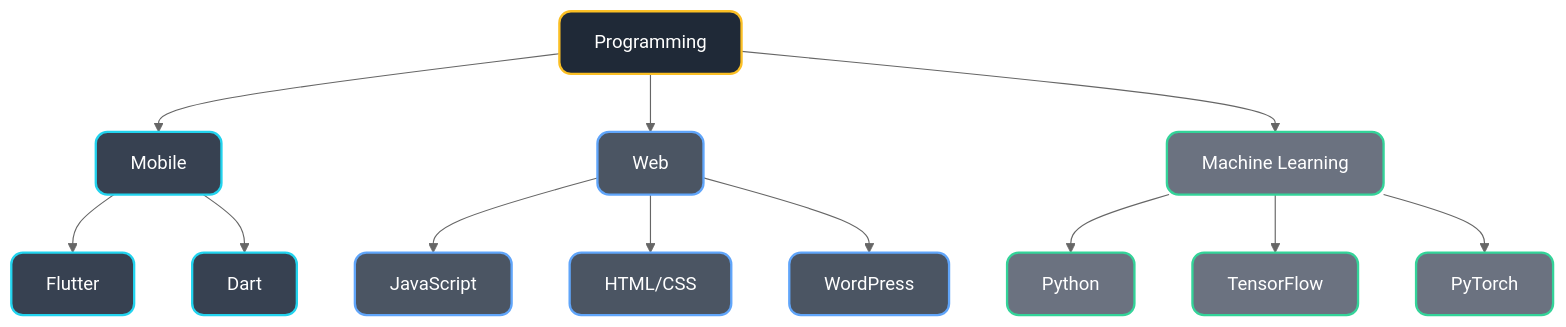
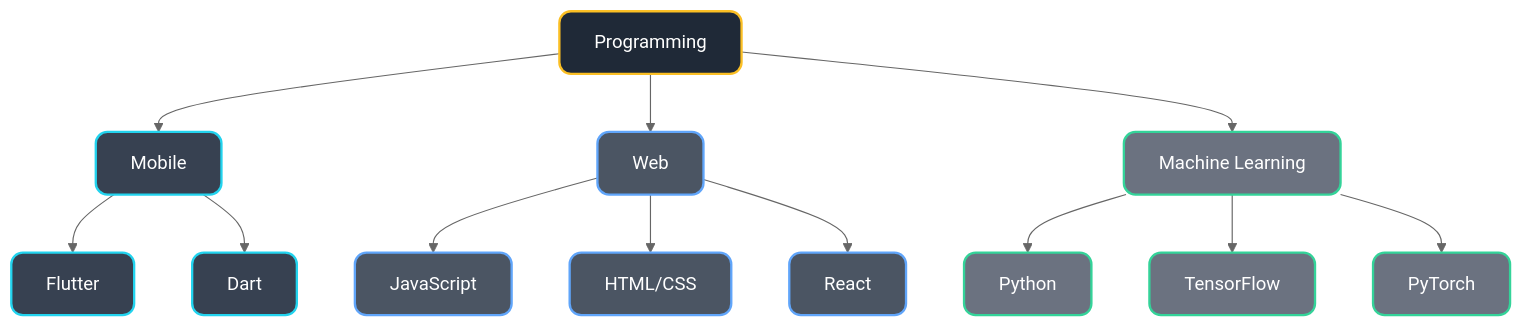
Before and after one commit to nakuldevmv/nakuldevmv: the first of 2 diagrams in README.md, drawn with Mermaid (neutral theme).

````diff
--- a/README.md
+++ b/README.md
@@ -30,30 +30,30 @@
 ```mermaid
 %% Note: This graph showcases my Technical Skills.  
 %% If it doesn't display, please view it on the GitHub website.
 graph TD
     A[Programming] --> B[Mobile]
     A --> C[Web]
     A --> D[Machine Learning]
     
     B --> B1[Flutter]
     B --> B2[Dart]
     
     C --> C1[JavaScript]
     C --> C2[HTML/CSS]
-    C --> C3[WordPress]
+    C --> C3[React]
     
     D --> D1[Python]
     D --> D2[TensorFlow]
     D --> D3[PyTorch]
 
     classDef main fill:#1f2937,stroke:#fbbf24,stroke-width:2px,color:#ffffff,rx:10px,ry:10px;
     classDef mobile fill:#374151,stroke:#22d3ee,stroke-width:2px,color:#ffffff,rx:10px,ry:10px;
     classDef web fill:#4b5563,stroke:#60a5fa,stroke-width:2px,color:#ffffff,rx:10px,ry:10px;
     classDef ml fill:#6b7280,stroke:#34d399,stroke-width:2px,color:#ffffff,rx:10px,ry:10px;
 
     class A main;
     class B,B1,B2 mobile;
     class C,C1,C2,C3 web;
     class D,D1,D2,D3 ml;
 
 ```
````
